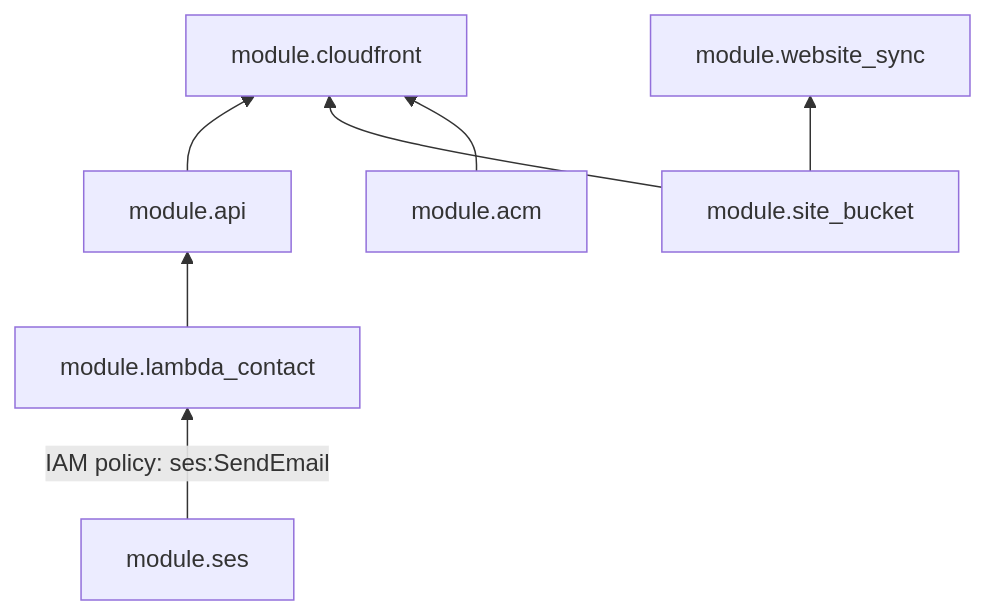
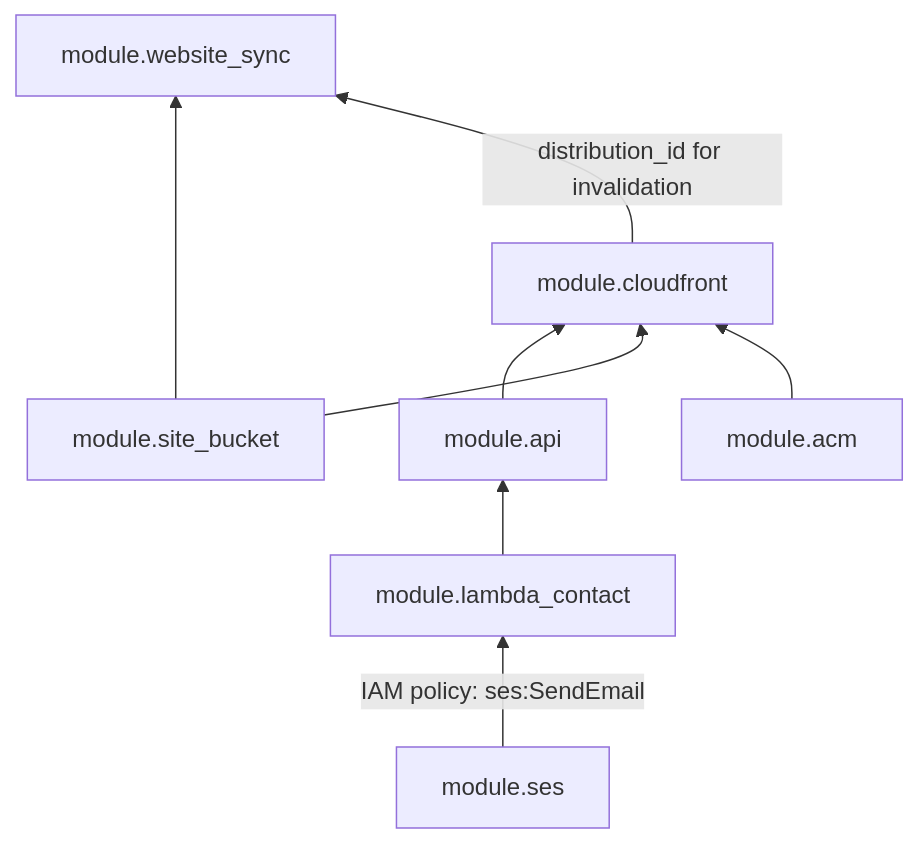
The second of 2 diagrams in infra/README.md (vasichkin/aws-zero-cost-hosting), drawn with Mermaid before and after one commit. The commit also changed other lines of this file and 23 other files, not shown here.

````diff
--- a/infra/README.md
+++ b/infra/README.md
@@ -275,17 +301,18 @@
 ```mermaid
 flowchart BT
   ACM[module.acm]
   Bucket[module.site_bucket]
   Sync[module.website_sync]
   SES[module.ses]
   LContact[module.lambda_contact]
   API[module.api]
   CF[module.cloudfront]
 
   Bucket --> Sync
+  CF -->|"distribution_id for invalidation"| Sync
   SES -->|"IAM policy: ses:SendEmail"| LContact
   LContact --> API
   API --> CF
   Bucket --> CF
   ACM --> CF
 ```
````
